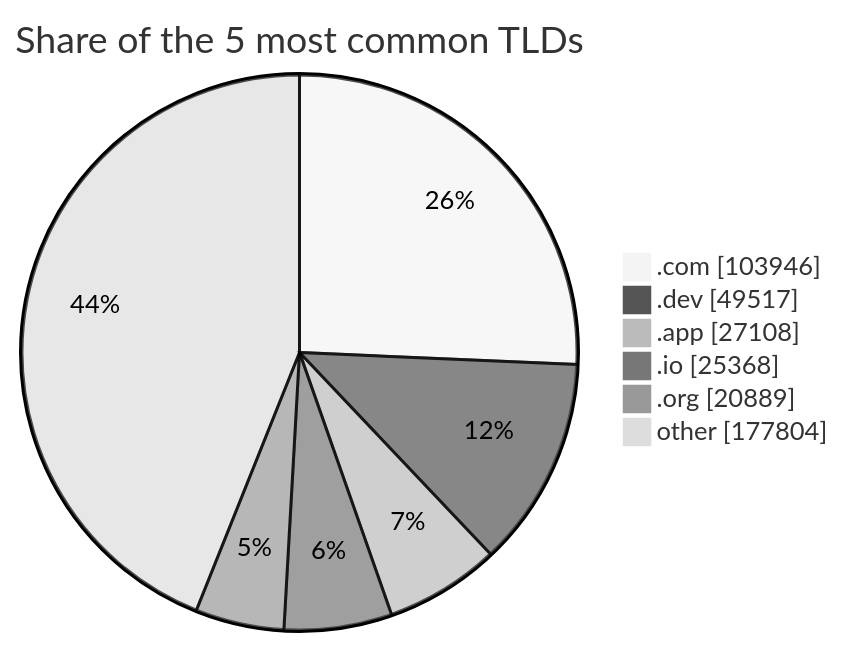
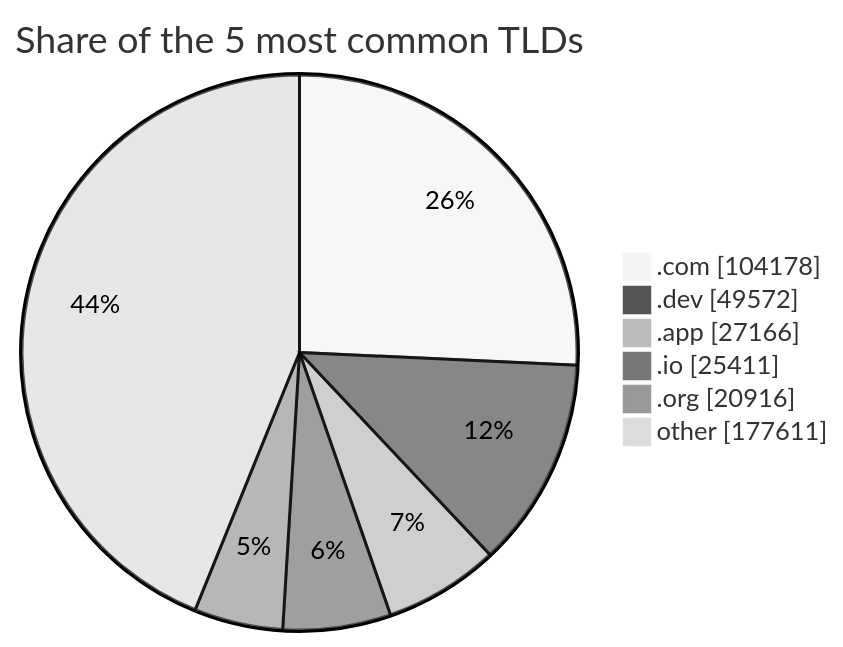
The third of 3 diagrams in README.md (DNSBunker/CTI), drawn with Mermaid (neutral theme) before and after one commit. The commit also changed other lines of this file and 3 other files, not shown here.

````diff
--- a/README.md
+++ b/README.md
@@ -81,9 +81,9 @@
 ```mermaid
 pie showData title Share of the 5 most common TLDs
-    ".com" : 103946
-    ".dev" : 49517
-    ".app" : 27108
-    ".io" : 25368
-    ".org" : 20889
-    "other" : 177804
+    ".com" : 104178
+    ".dev" : 49572
+    ".app" : 27166
+    ".io" : 25411
+    ".org" : 20916
+    "other" : 177611
 ```
````
